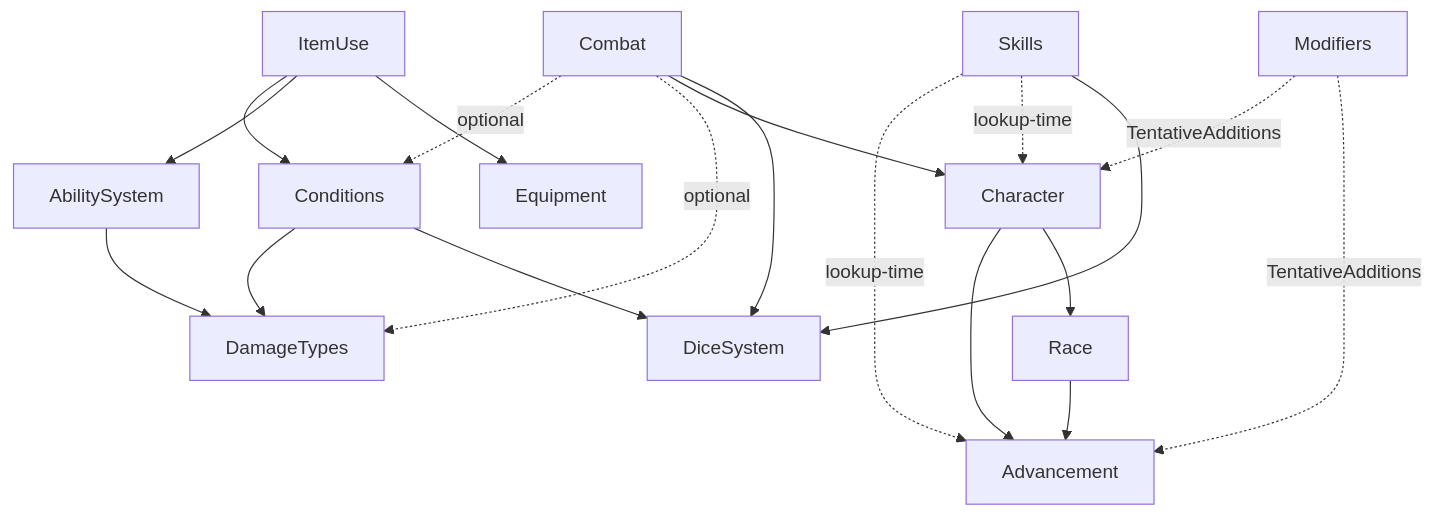
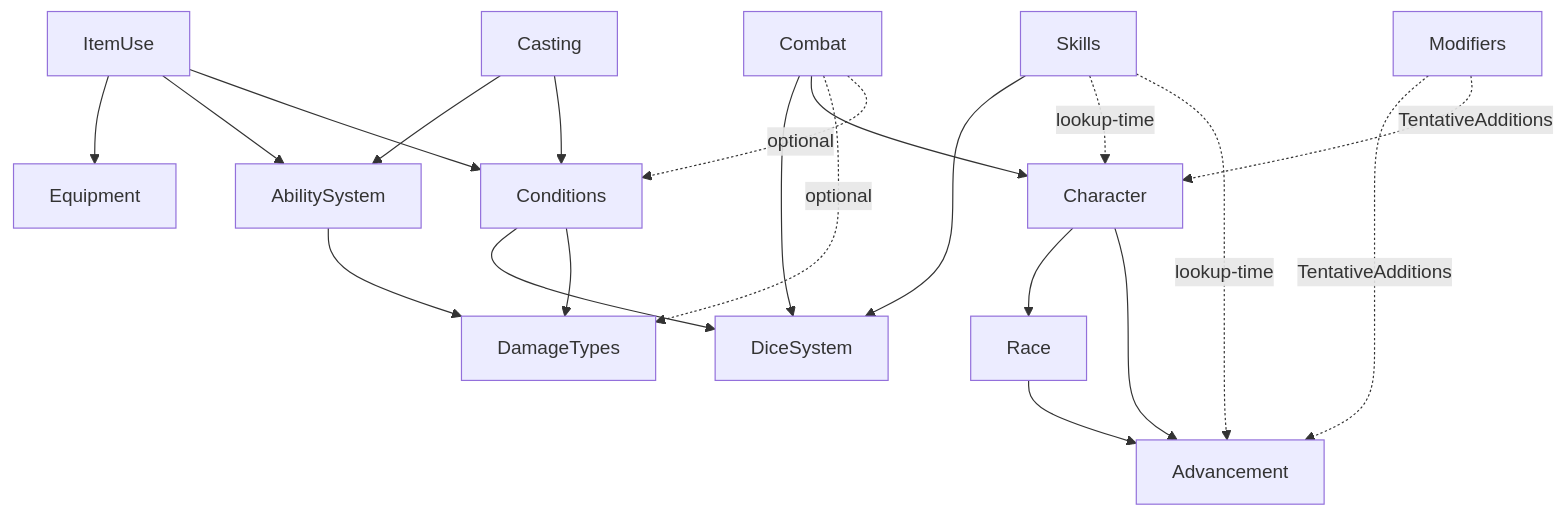
One commit to dividetask/crimson-steel changed the diagram in docs/architecture-part-1.md. Above: the diagram before and after it, drawn with Mermaid. The commit also changed other lines of this file and 4 other files, not shown here.

````diff
--- a/docs/architecture-part-1.md
+++ b/docs/architecture-part-1.md
@@ -40,34 +41,37 @@
 ```mermaid
 graph TD
   Dice[DiceSystem]
   DT[DamageTypes]
   Conds[Conditions]
   Abil[AbilitySystem]
   Eq[Equipment]
   Race[Race]
   Adv[Advancement]
   Char[Character]
   Skills[Skills]
   Combat[Combat]
   ItemUse[ItemUse]
   Mod[Modifiers]
 
   Conds --> Dice
   Conds --> DT
   Abil  --> DT
   Race  --> Adv
   Char  --> Race
   Char  --> Adv
   Skills --> Dice
   Skills -.lookup-time.-> Char
   Skills -.lookup-time.-> Adv
   Combat --> Dice
   Combat --> Char
   Combat -.optional.-> DT
   Combat -.optional.-> Conds
   ItemUse --> Eq
   ItemUse --> Abil
   ItemUse --> Conds
+  Casting[Casting]
+  Casting --> Abil
+  Casting --> Conds
   Mod -.TentativeAdditions.-> Adv
   Mod -.TentativeAdditions.-> Char
 ```
````
